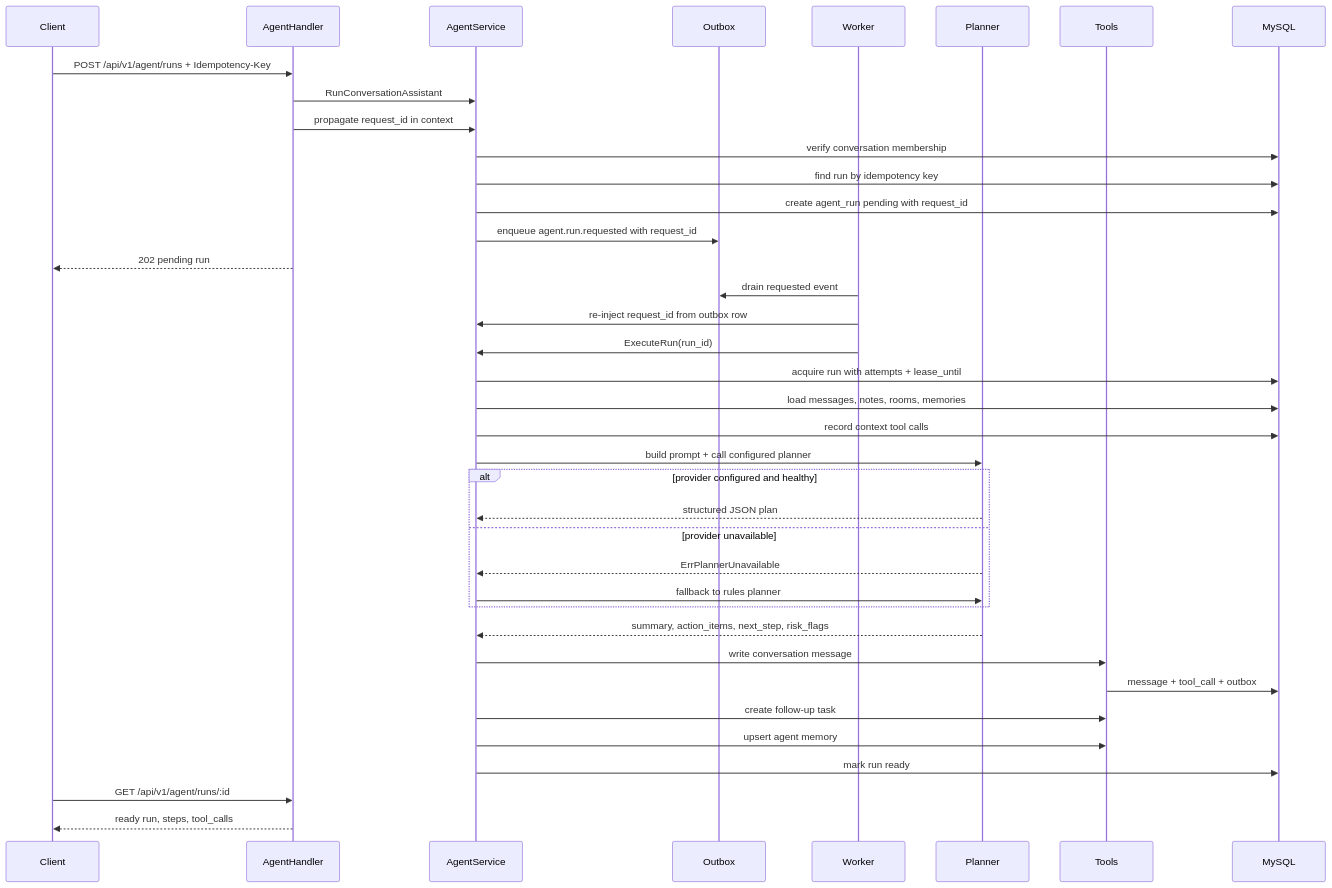
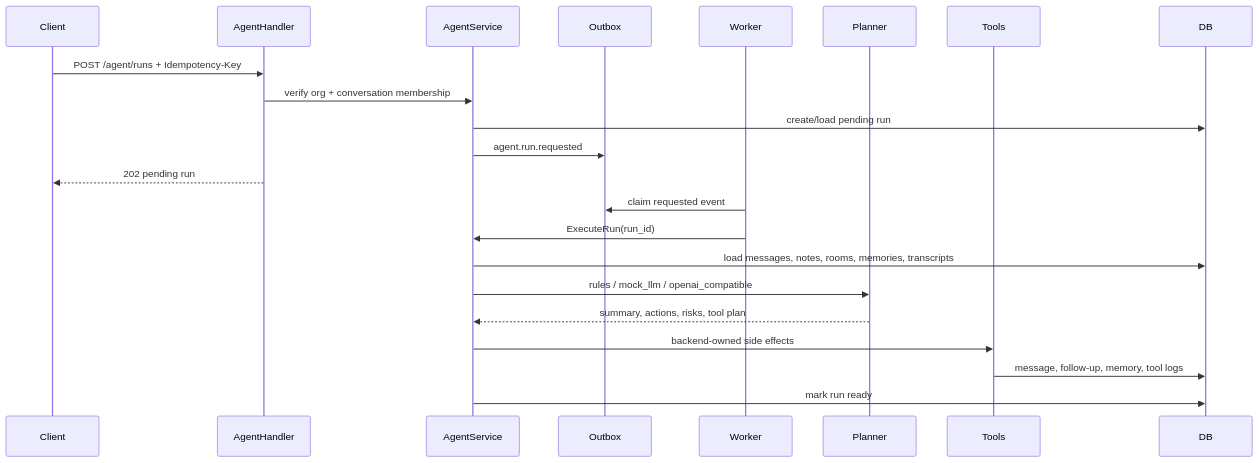
One commit to XianingY/AllCallAll changed the fourth of 4 diagrams in docs/interview/system-design.md. Above: the diagram before and after it, drawn with Mermaid. The commit also changed other lines of this file and 31 other files, not shown here.

Commit message:
docs: align docs with current backend architecture

````diff
--- a/docs/interview/system-design.md
+++ b/docs/interview/system-design.md
@@ -86,41 +117,25 @@
 ```mermaid
 sequenceDiagram
     participant Client
     participant Handler as AgentHandler
     participant Service as AgentService
     participant Outbox
     participant Worker
     participant Planner
     participant Tools
-    participant DB as MySQL
+    participant DB
 
-    Client->>Handler: POST /api/v1/agent/runs + Idempotency-Key
-    Handler->>Service: RunConversationAssistant
-    Handler->>Service: propagate request_id in context
-    Service->>DB: verify conversation membership
-    Service->>DB: find run by idempotency key
-    Service->>DB: create agent_run pending with request_id
-    Service->>Outbox: enqueue agent.run.requested with request_id
+    Client->>Handler: POST /agent/runs + Idempotency-Key
+    Handler->>Service: verify org + conversation membership
+    Service->>DB: create/load pending run
+    Service->>Outbox: agent.run.requested
     Handler-->>Client: 202 pending run
-    Worker->>Outbox: drain requested event
-    Worker->>Service: re-inject request_id from outbox row
+    Worker->>Outbox: claim requested event
     Worker->>Service: ExecuteRun(run_id)
-    Service->>DB: acquire run with attempts + lease_until
-    Service->>DB: load messages, notes, rooms, memories
-    Service->>DB: record context tool calls
-    Service->>Planner: build prompt + call configured planner
-    alt provider configured and healthy
-        Planner-->>Service: structured JSON plan
-    else provider unavailable
-        Planner-->>Service: ErrPlannerUnavailable
-        Service->>Planner: fallback to rules planner
-    end
-    Planner-->>Service: summary, action_items, next_step, risk_flags
-    Service->>Tools: write conversation message
-    Tools->>DB: message + tool_call + outbox
-    Service->>Tools: create follow-up task
-    Service->>Tools: upsert agent memory
+    Service->>DB: load messages, notes, rooms, memories, transcripts
+    Service->>Planner: rules / mock_llm / openai_compatible
+    Planner-->>Service: summary, actions, risks, tool plan
+    Service->>Tools: backend-owned side effects
+    Tools->>DB: message, follow-up, memory, tool logs
     Service->>DB: mark run ready
-    Client->>Handler: GET /api/v1/agent/runs/:id
-    Handler-->>Client: ready run, steps, tool_calls
 ```
````
